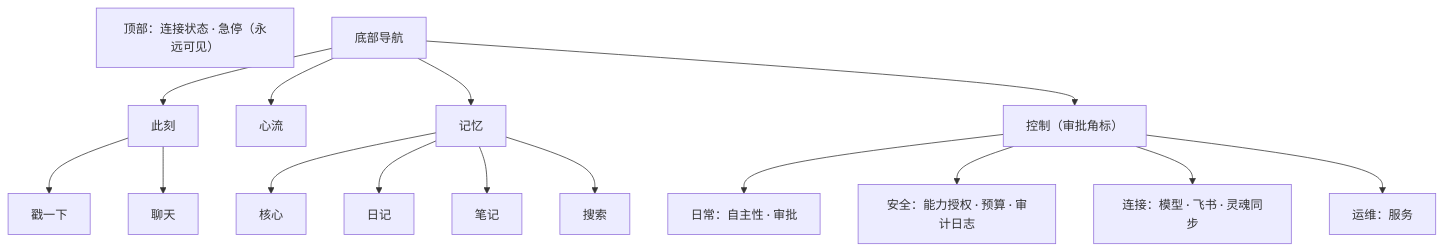
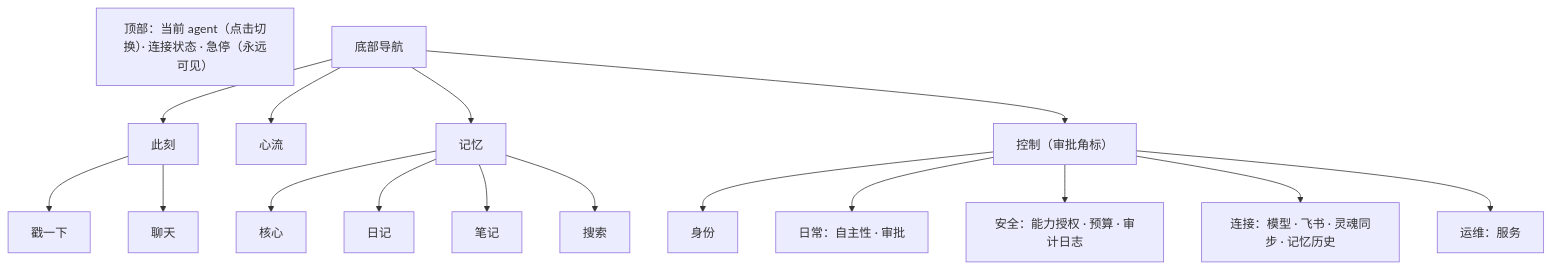
One commit to Causally-XYZ/Project.Quetzal changed the second of 2 diagrams in console/docs/ARCHITECTURE.md. Above: the diagram before and after it, drawn with Mermaid. The commit also changed other lines of this file and 12 other files, not shown here.

````diff
--- a/console/docs/ARCHITECTURE.md
+++ b/console/docs/ARCHITECTURE.md
@@ -37,11 +38,12 @@
 ```mermaid
 flowchart TB
-  TOP["顶部：连接状态 · 急停（永远可见）"]
+  TOP["顶部：当前 agent（点击切换）· 连接状态 · 急停（永远可见）"]
   NAV["底部导航"] --> A[此刻] & B[心流] & C[记忆] & D["控制（审批角标）"]
   A --> A1[戳一下] & A2[聊天]
   C --> C1[核心] & C2[日记] & C3[笔记] & C4[搜索]
+  D --> D0["身份"]
   D --> D1["日常：自主性 · 审批"]
   D --> D2["安全：能力授权 · 预算 · 审计日志"]
-  D --> D3["连接：模型 · 飞书 · 灵魂同步"]
+  D --> D3["连接：模型 · 飞书 · 灵魂同步 · 记忆历史"]
   D --> D4["运维：服务"]
 ```
````
